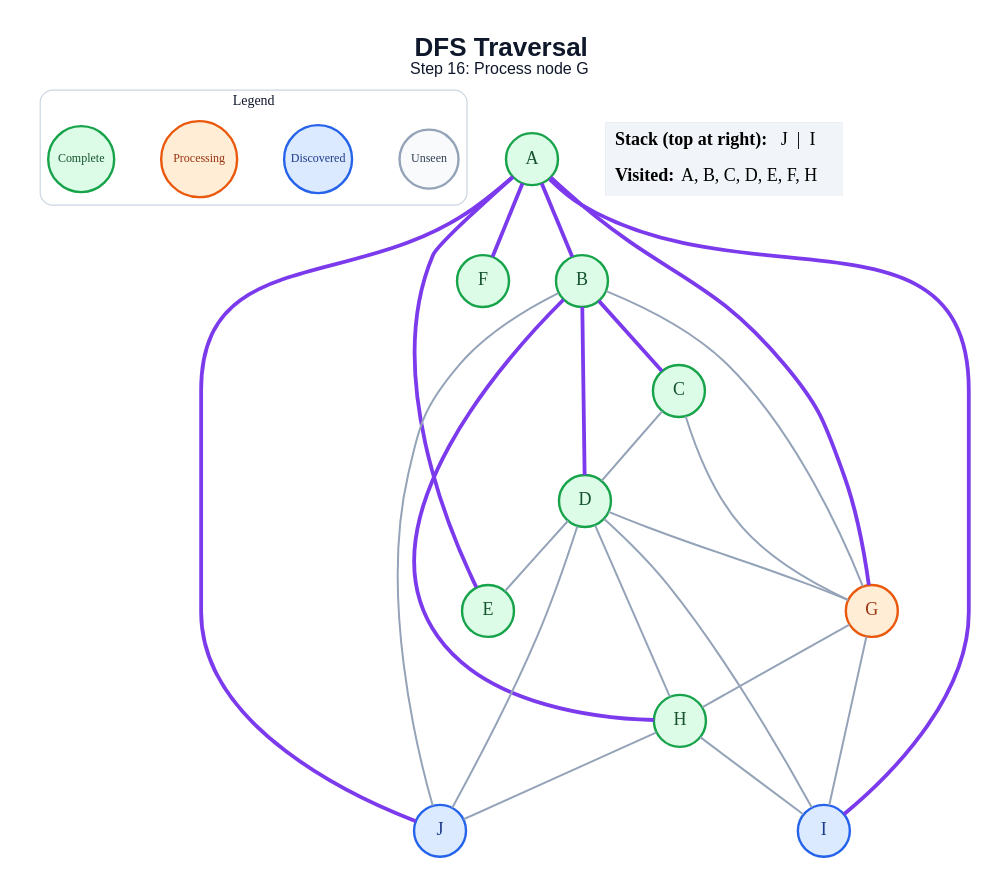
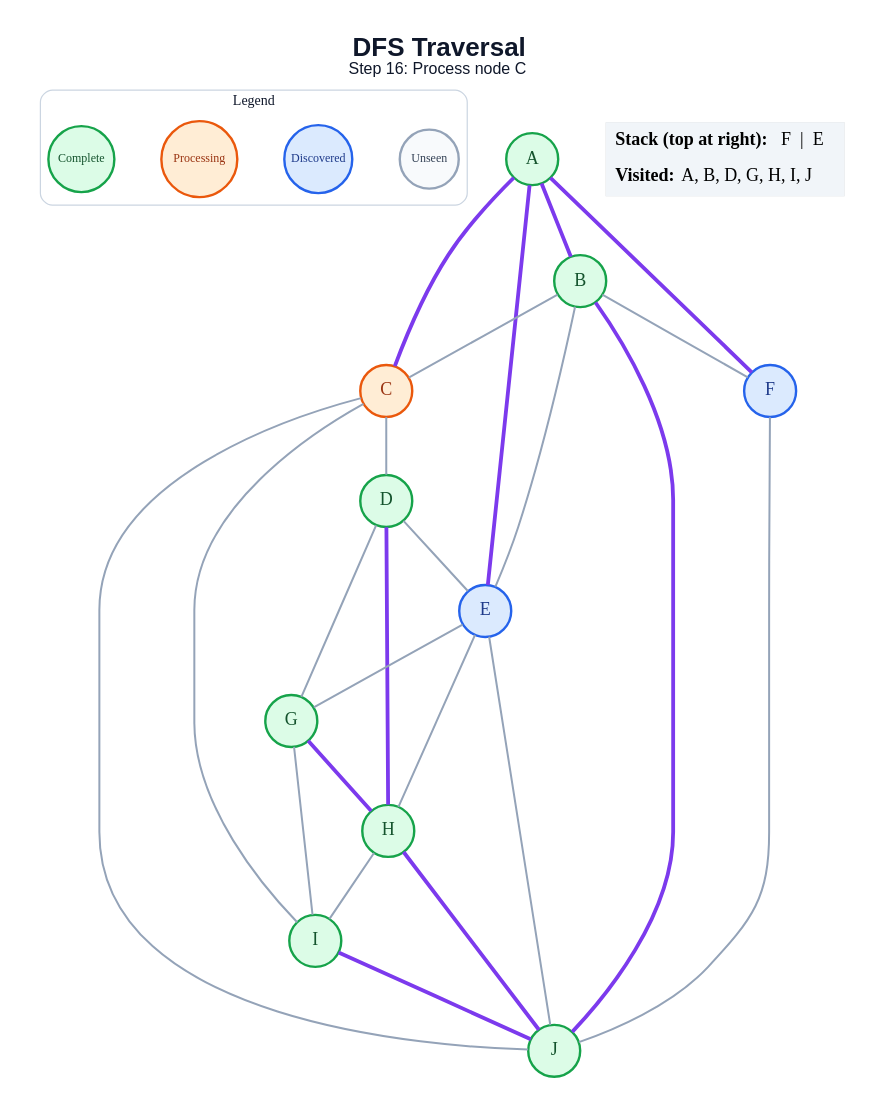
One commit to amanghodawala9/ai-slop changed the diagram in generated/dfs/step_16.dot. Above: the diagram before and after it, drawn with Graphviz. The commit also changed 178 other files, not shown here.

```diff
--- a/generated/dfs/step_16.dot
+++ b/generated/dfs/step_16.dot
@@ -1,51 +1,52 @@
 graph traversal {
   graph [layout=dot, rankdir=TB, bgcolor="#FFFFFF", pad="0.35", nodesep="0.65", ranksep="0.8", fontname="Arial"];
   node [shape=circle, style="filled", fontname="Arial Bold", fontsize=18, width=0.72, fixedsize=true, penwidth=2.4];
   edge [color="#94A3B8", penwidth=2.0];
-  label=<<B>DFS Traversal</B><BR/><FONT POINT-SIZE="16">Step 16: Process node G</FONT>>; labelloc="t"; fontsize=26; fontname="Arial"; fontcolor="#0F172A";
+  label=<<B>DFS Traversal</B><BR/><FONT POINT-SIZE="16">Step 16: Process node C</FONT>>; labelloc="t"; fontsize=26; fontname="Arial"; fontcolor="#0F172A";
   subgraph cluster_legend { label="Legend"; color="#CBD5E1"; penwidth=1.2; style="rounded"; fontsize=14; fontname="Arial Bold";
     key_unseen [label="Unseen", fillcolor="#F8FAFC", color="#94A3B8", fontcolor="#334155", fontsize=12, width=0.82];
     key_frontier [label="Discovered", fillcolor="#DBEAFE", color="#2563EB", fontcolor="#1E3A8A", fontsize=12, width=0.95];
     key_current [label="Processing", fillcolor="#FFEDD5", color="#EA580C", fontcolor="#9A3412", fontsize=12, width=1.05];
     key_done [label="Complete", fillcolor="#DCFCE7", color="#16A34A", fontcolor="#14532D", fontsize=12, width=0.92];
     { rank=same; key_unseen; key_frontier; key_current; key_done; }
   }
   A [fillcolor="#DCFCE7", color="#16A34A", fontcolor="#14532D"];
   B [fillcolor="#DCFCE7", color="#16A34A", fontcolor="#14532D"];
-  C [fillcolor="#DCFCE7", color="#16A34A", fontcolor="#14532D"];
+  C [fillcolor="#FFEDD5", color="#EA580C", fontcolor="#9A3412"];
   D [fillcolor="#DCFCE7", color="#16A34A", fontcolor="#14532D"];
-  E [fillcolor="#DCFCE7", color="#16A34A", fontcolor="#14532D"];
-  F [fillcolor="#DCFCE7", color="#16A34A", fontcolor="#14532D"];
-  G [fillcolor="#FFEDD5", color="#EA580C", fontcolor="#9A3412"];
+  E [fillcolor="#DBEAFE", color="#2563EB", fontcolor="#1E3A8A"];
+  F [fillcolor="#DBEAFE", color="#2563EB", fontcolor="#1E3A8A"];
+  G [fillcolor="#DCFCE7", color="#16A34A", fontcolor="#14532D"];
   H [fillcolor="#DCFCE7", color="#16A34A", fontcolor="#14532D"];
-  I [fillcolor="#DBEAFE", color="#2563EB", fontcolor="#1E3A8A"];
-  J [fillcolor="#DBEAFE", color="#2563EB", fontcolor="#1E3A8A"];
+  I [fillcolor="#DCFCE7", color="#16A34A", fontcolor="#14532D"];
+  J [fillcolor="#DCFCE7", color="#16A34A", fontcolor="#14532D"];
   A -- B [color="#7C3AED", penwidth=3.8];
+  A -- C [color="#7C3AED", penwidth=3.8];
   A -- E [color="#7C3AED", penwidth=3.8];
   A -- F [color="#7C3AED", penwidth=3.8];
-  A -- G [color="#7C3AED", penwidth=3.8];
-  A -- I [color="#7C3AED", penwidth=3.8];
-  A -- J [color="#7C3AED", penwidth=3.8];
-  B -- C [color="#7C3AED", penwidth=3.8];
-  B -- D [color="#7C3AED", penwidth=3.8];
-  B -- G;
-  B -- H [color="#7C3AED", penwidth=3.8];
-  B -- J;
+  B -- C;
+  B -- E;
+  B -- F;
+  B -- J [color="#7C3AED", penwidth=3.8];
   C -- D;
-  C -- G;
+  C -- I;
+  C -- J;
   D -- E;
   D -- G;
-  D -- H;
-  D -- I;
-  D -- J;
-  G -- H;
+  D -- H [color="#7C3AED", penwidth=3.8];
+  E -- G;
+  E -- H;
+  E -- J;
+  F -- J;
+  G -- H [color="#7C3AED", penwidth=3.8];
   G -- I;
   H -- I;
-  H -- J;
+  H -- J [color="#7C3AED", penwidth=3.8];
+  I -- J [color="#7C3AED", penwidth=3.8];
   status [shape=plain, fixedsize=false, width=0, height=0, margin=0, label=<
     <TABLE BORDER="0" CELLBORDER="0" CELLPADDING="7" BGCOLOR="#F1F5F9">
-      <TR><TD ALIGN="LEFT"><B>Stack (top at right):</B> J  |  I</TD></TR>
-      <TR><TD ALIGN="LEFT"><B>Visited:</B> A, B, C, D, E, F, H</TD></TR>
+      <TR><TD ALIGN="LEFT"><B>Stack (top at right):</B> F  |  E</TD></TR>
+      <TR><TD ALIGN="LEFT"><B>Visited:</B> A, B, D, G, H, I, J</TD></TR>
     </TABLE>
   >];
 }
```
